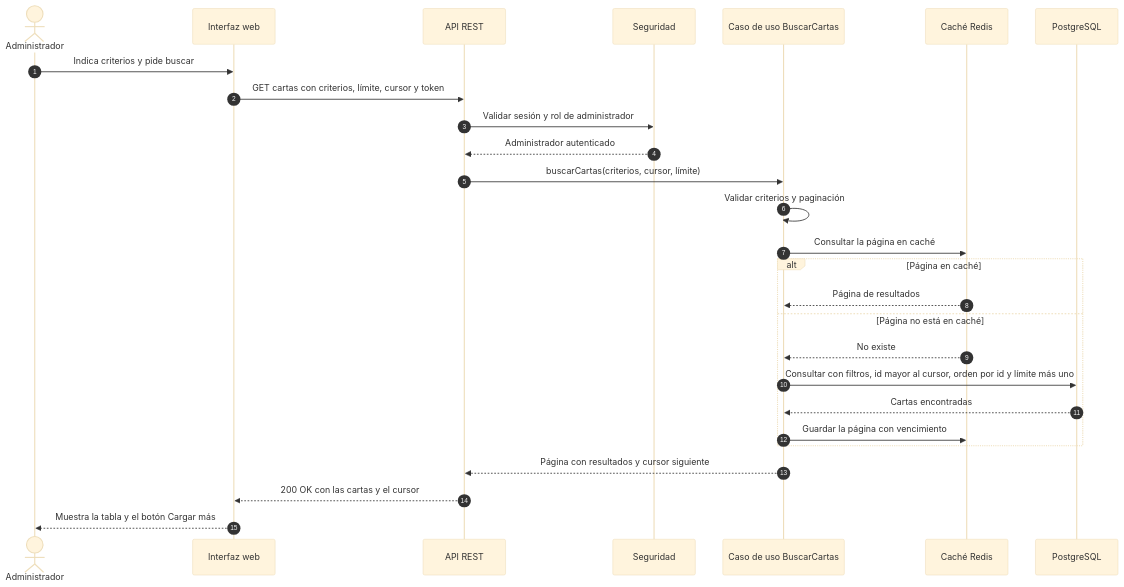
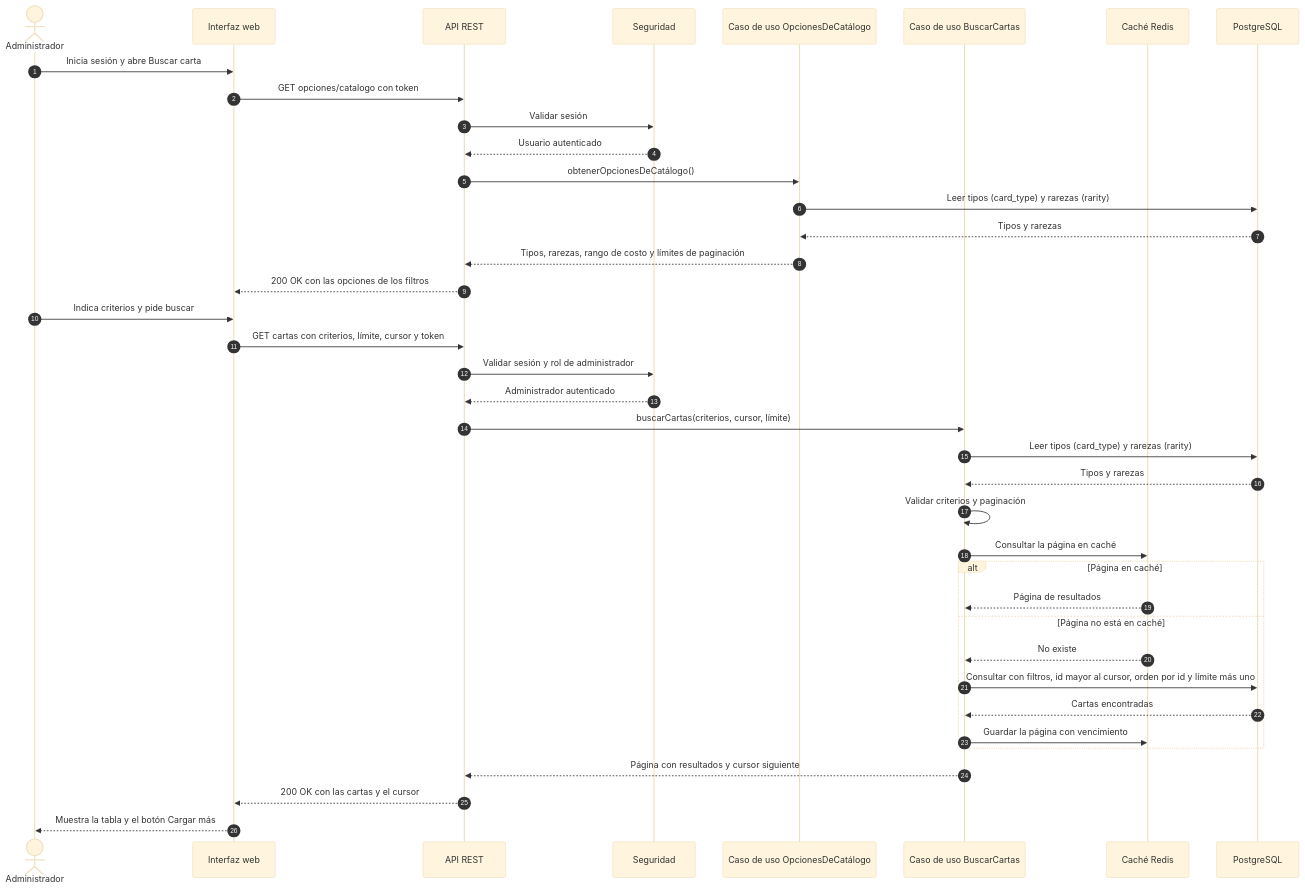
Before and after one commit to a-alfaro19/PokeArena: the third of 6 diagrams in pokearena/docs/AGENTE_Especificacion_v2_Sprint2_PokeArena.md, drawn with Mermaid (base theme). The commit also changed other lines of this file and 77 other files, not shown here.

````diff
--- a/pokearena/docs/AGENTE_Especificacion_v2_Sprint2_PokeArena.md
+++ b/pokearena/docs/AGENTE_Especificacion_v2_Sprint2_PokeArena.md
@@ -746,29 +776,41 @@
 ```mermaid
 sequenceDiagram
 autonumber
 actor Adm as Administrador
 participant UI as Interfaz web
 participant API as API REST
 participant SEG as Seguridad
+participant OPC as Caso de uso OpcionesDeCatálogo
 participant UC as Caso de uso BuscarCartas
 participant CAC as Caché Redis
 participant DB as PostgreSQL
+Adm->>UI: Inicia sesión y abre Buscar carta
+UI->>API: GET opciones/catalogo con token
+API->>SEG: Validar sesión
+SEG-->>API: Usuario autenticado
+API->>OPC: obtenerOpcionesDeCatálogo()
+OPC->>DB: Leer tipos (card_type) y rarezas (rarity)
+DB-->>OPC: Tipos y rarezas
+OPC-->>API: Tipos, rarezas, rango de costo y límites de paginación
+API-->>UI: 200 OK con las opciones de los filtros
 Adm->>UI: Indica criterios y pide buscar
 UI->>API: GET cartas con criterios, límite, cursor y token
 API->>SEG: Validar sesión y rol de administrador
 SEG-->>API: Administrador autenticado
 API->>UC: buscarCartas(criterios, cursor, límite)
+UC->>DB: Leer tipos (card_type) y rarezas (rarity)
+DB-->>UC: Tipos y rarezas
 UC->>UC: Validar criterios y paginación
 UC->>CAC: Consultar la página en caché
 alt Página en caché
 CAC-->>UC: Página de resultados
 else Página no está en caché
 CAC-->>UC: No existe
 UC->>DB: Consultar con filtros, id mayor al cursor, orden por id y límite más uno
 DB-->>UC: Cartas encontradas
 UC->>CAC: Guardar la página con vencimiento
 end
 UC-->>API: Página con resultados y cursor siguiente
 API-->>UI: 200 OK con las cartas y el cursor
 UI-->>Adm: Muestra la tabla y el botón Cargar más
 ```
````
